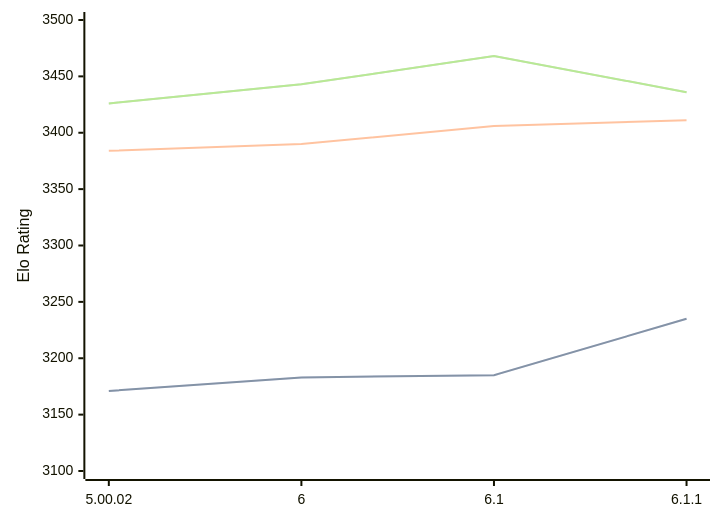
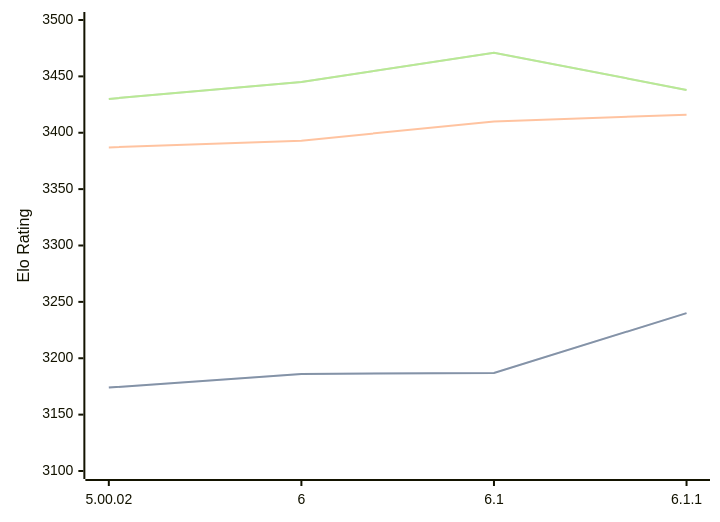
One commit to computer-chess-index/cci changed the diagram in engines/Zangdar.md. Above: the diagram before and after it, drawn with Mermaid. The commit also changed other lines of this file, not shown here.

Commit message:
Update CCI Ratings (ELO VLTC) - 2026-04-30

````diff
--- a/engines/Zangdar.md
+++ b/engines/Zangdar.md
@@ -46,11 +46,11 @@
 ```mermaid
 %%{init: {"theme":"base","themeVariables":{"seriesColors:['#a3a3a3','#222221','#faa371']}}}%%
 xychart-beta
   x-axis ["5.00.02", "6", "6.1", "6.1.1"]
   y-axis "Elo Rating" 3100 --> 3500
-  line "STC (8.0+0.08s)" [3171, 3183, 3185, 3235]
-  line "STC (8.0+0.08s)" [3171, 3183, 3185, 3235]
-  line "LTC (60.0+0.60s)" [3384, 3390, 3406, 3411]
-  line "VLTC (2m24s+1.12s)" [3426, 3443, 3468, 3436]
-  line "VLTC (2m24s+1.12s)" [3426, 3443, 3468, 3436]
+  line "STC (8.0+0.08s)" [3174, 3186, 3187, 3240]
+  line "STC (8.0+0.08s)" [3174, 3186, 3187, 3240]
+  line "LTC (60.0+0.60s)" [3387, 3393, 3410, 3416]
+  line "VLTC (2m24s+1.12s)" [3430, 3445, 3471, 3438]
+  line "VLTC (2m24s+1.12s)" [3430, 3445, 3471, 3438]
 ```
````
